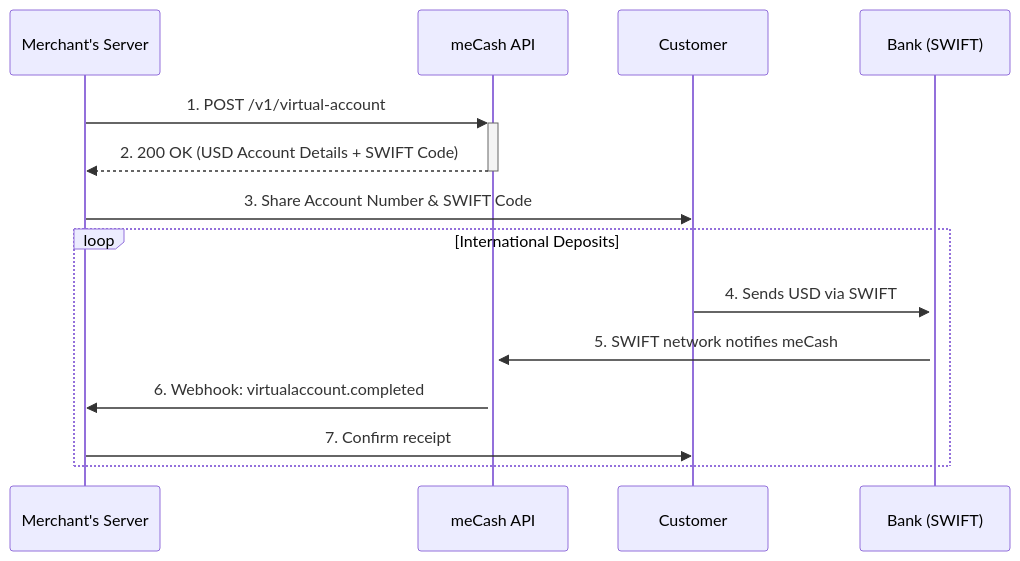
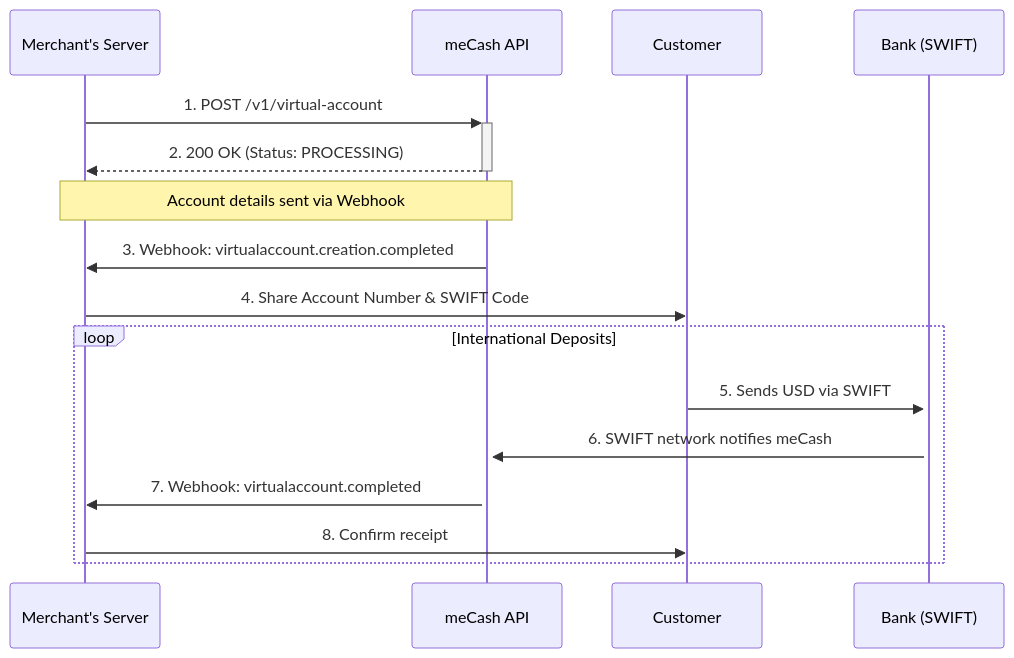
The diagram in virtual-accounts-docs/usd-virtual-account.mdx (Ejiro-mecash/docs), drawn with Mermaid before and after one commit. The commit also changed other lines of this file and 9 other files, not shown here.

````diff
--- a/virtual-accounts-docs/usd-virtual-account.mdx
+++ b/virtual-accounts-docs/usd-virtual-account.mdx
@@ -29,17 +29,19 @@
 ```mermaid
 sequenceDiagram
     participant M as Merchant's Server
     participant A as meCash API
     participant C as Customer
     participant B as Bank (SWIFT)
 
     M->>+A: 1. POST /v1/virtual-account
-    A-->>-M: 2. 200 OK (USD Account Details + SWIFT Code)
-    M->>C: 3. Share Account Number & SWIFT Code
+    A-->>-M: 2. 200 OK (Status: PROCESSING)
+    Note over A,M: Account details sent via Webhook
+    A->>M: 3. Webhook: virtualaccount.creation.completed
+    M->>C: 4. Share Account Number & SWIFT Code
     loop International Deposits
-        C->>+B: 4. Sends USD via SWIFT
-        B->>+A: 5. SWIFT network notifies meCash
-        A->>M: 6. Webhook: virtualaccount.completed
-        M->>C: 7. Confirm receipt
+        C->>+B: 5. Sends USD via SWIFT
+        B->>+A: 6. SWIFT network notifies meCash
+        A->>M: 7. Webhook: virtualaccount.completed
+        M->>C: 8. Confirm receipt
     end
 ```
````
